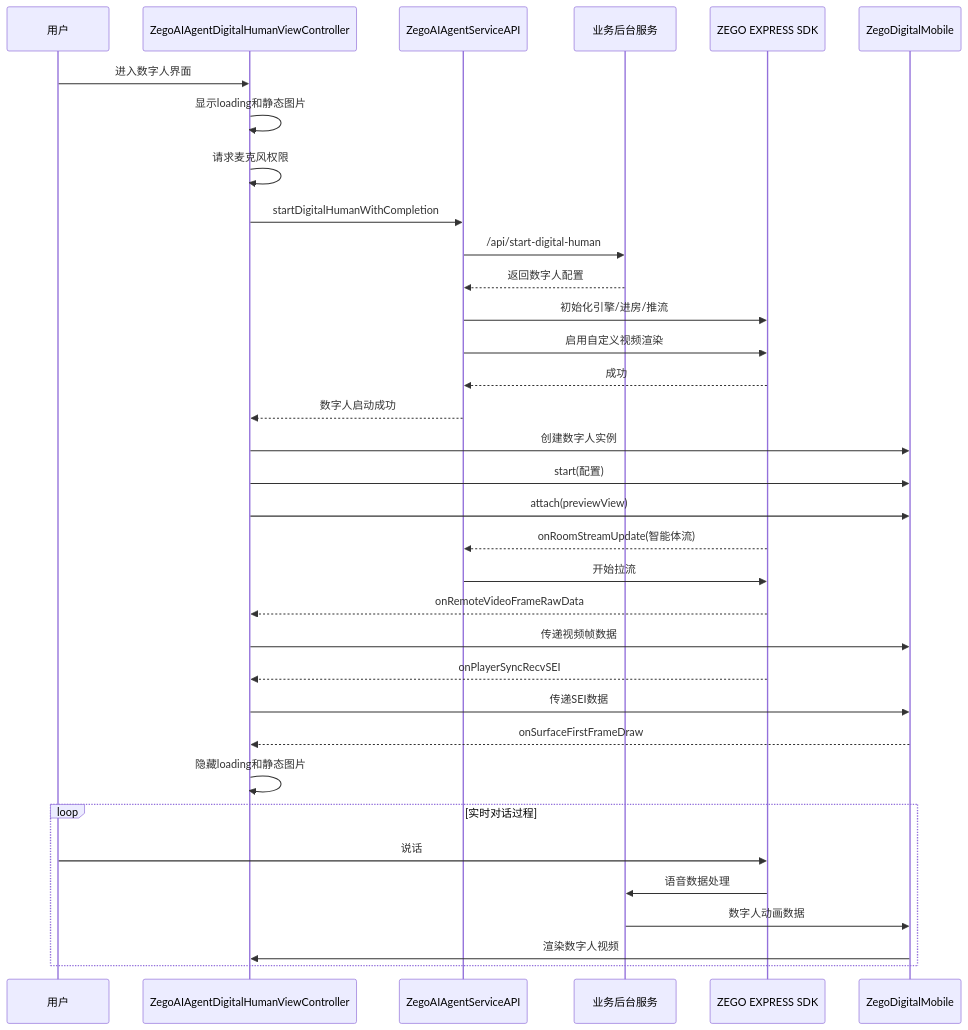
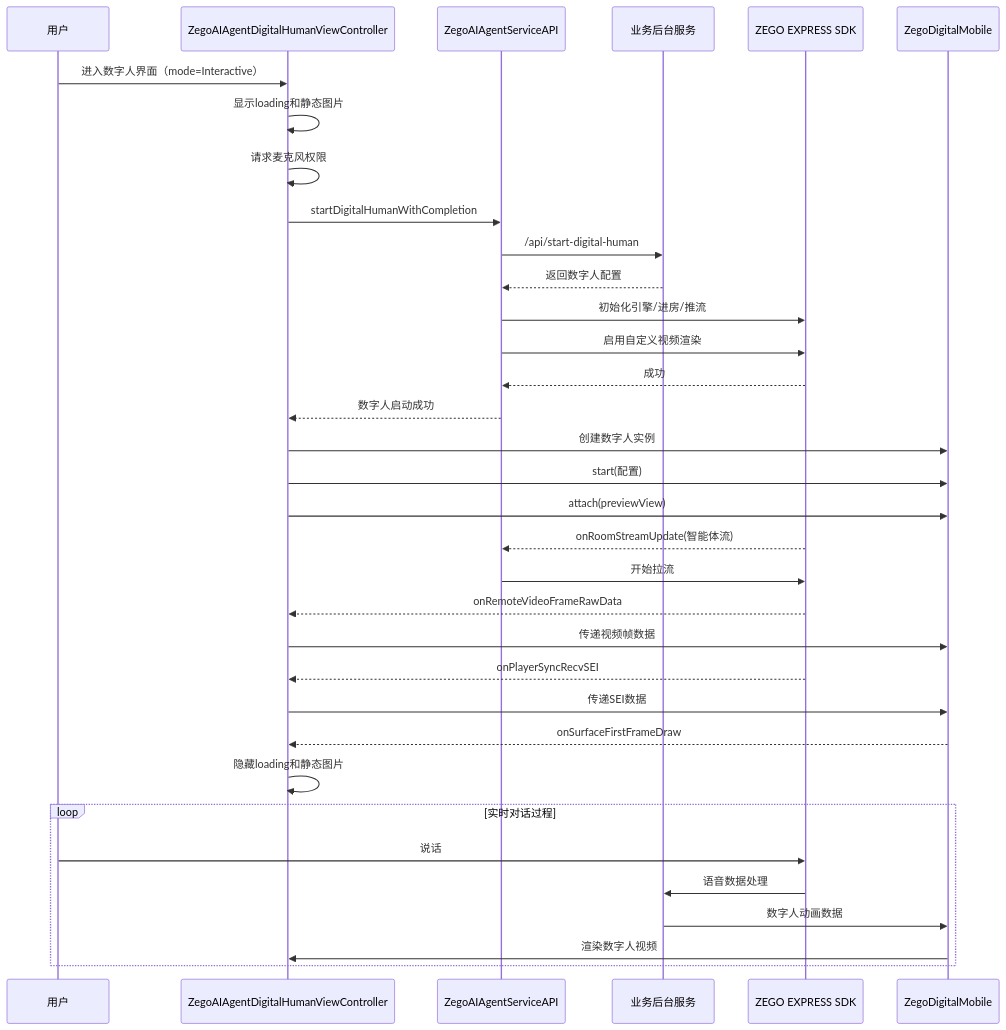
The second of 3 diagrams in ios/README.md (ZEGOCLOUD/ai_agent_quick_start), drawn with Mermaid before and after one commit. The commit also changed other lines of this file and 2 other files, not shown here.

````diff
--- a/ios/README.md
+++ b/ios/README.md
@@ -110,41 +123,41 @@
 ```mermaid
 sequenceDiagram
     participant User as 用户
     participant DigitalVC as ZegoAIAgentDigitalHumanViewController
     participant ServiceAPI as ZegoAIAgentServiceAPI
     participant BusinessServer as 业务后台服务
     participant Express as ZEGO EXPRESS SDK
     participant DigitalMobile as ZegoDigitalMobile
 
-    User->>DigitalVC: 进入数字人界面
+    User->>DigitalVC: 进入数字人界面（mode=Interactive）
     DigitalVC->>DigitalVC: 显示loading和静态图片
     DigitalVC->>DigitalVC: 请求麦克风权限
     DigitalVC->>ServiceAPI: startDigitalHumanWithCompletion
     ServiceAPI->>BusinessServer: /api/start-digital-human
     BusinessServer-->>ServiceAPI: 返回数字人配置
     ServiceAPI->>Express: 初始化引擎/进房/推流
     ServiceAPI->>Express: 启用自定义视频渲染
     Express-->>ServiceAPI: 成功
     ServiceAPI-->>DigitalVC: 数字人启动成功
 
     DigitalVC->>DigitalMobile: 创建数字人实例
     DigitalVC->>DigitalMobile: start(配置)
     DigitalVC->>DigitalMobile: attach(previewView)
 
     Express-->>ServiceAPI: onRoomStreamUpdate(智能体流)
     ServiceAPI->>Express: 开始拉流
     Express-->>DigitalVC: onRemoteVideoFrameRawData
     DigitalVC->>DigitalMobile: 传递视频帧数据
     Express-->>DigitalVC: onPlayerSyncRecvSEI
     DigitalVC->>DigitalMobile: 传递SEI数据
 
     DigitalMobile-->>DigitalVC: onSurfaceFirstFrameDraw
     DigitalVC->>DigitalVC: 隐藏loading和静态图片
 
     loop 实时对话过程
         User->>Express: 说话
         Express->>BusinessServer: 语音数据处理
         BusinessServer->>DigitalMobile: 数字人动画数据
         DigitalMobile->>DigitalVC: 渲染数字人视频
     end
 ```
````
